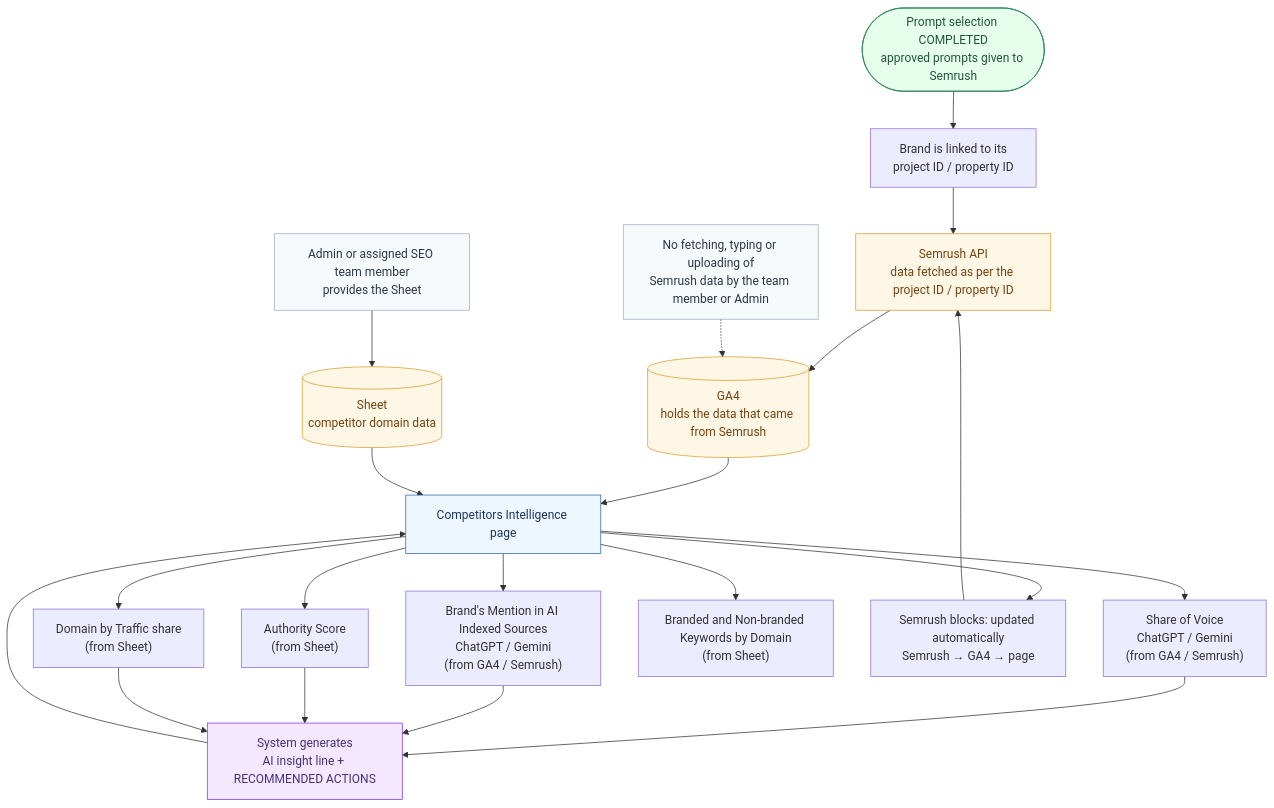
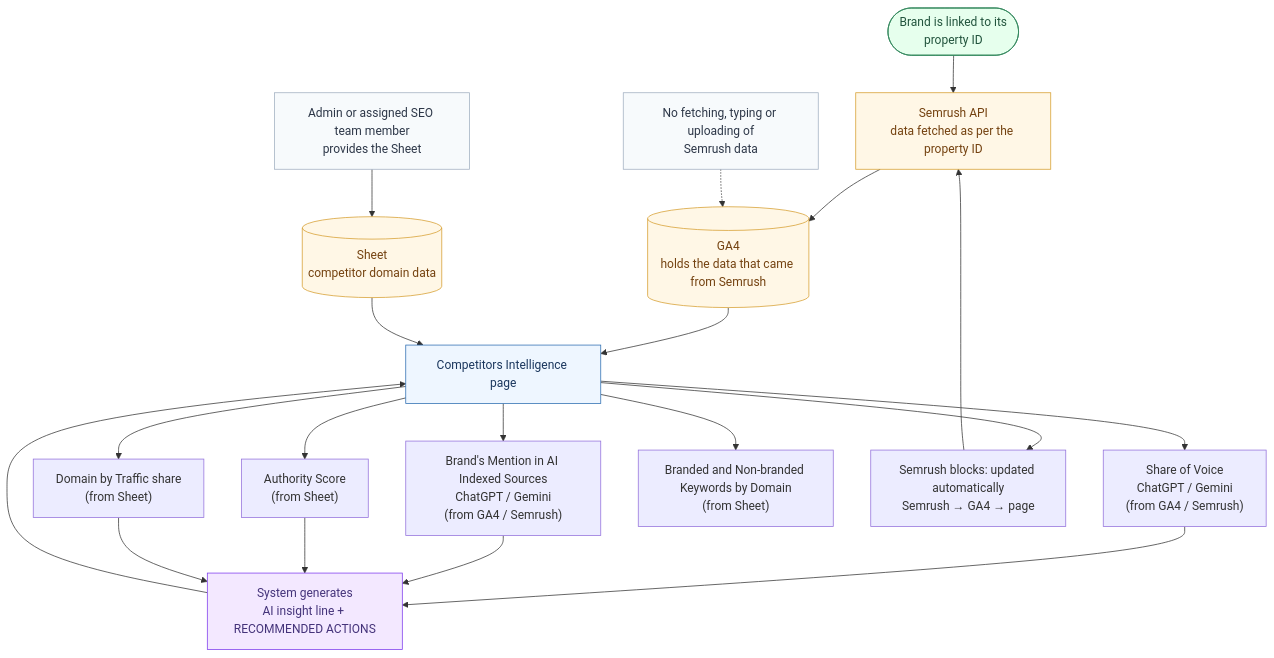
One commit to RishabhRoy12/dais-documentation changed the first of 2 diagrams in demo/competitors intelligence flow.md. Above: the diagram before and after it, drawn with Mermaid. The commit also changed other lines of this file and 4 other files, not shown here.

````diff
--- a/demo/competitors intelligence flow.md
+++ b/demo/competitors intelligence flow.md
@@ -43,39 +41,39 @@
 ```mermaid
 flowchart TD
-    A(["Prompt selection COMPLETED<br/>approved prompts given to Semrush"]) --> P["Brand is linked to its<br/>project ID / property ID"]
-    P --> S["Semrush API<br/>data fetched as per the project ID / property ID"]
+    P(["Brand is linked to its<br/>property ID"])
+    P --> S["Semrush API<br/>data fetched as per the property ID"]
     S --> GA[("GA4<br/>holds the data that came from Semrush")]
 
     TM["Admin or assigned SEO team member<br/>provides the Sheet"] --> SH[("Sheet<br/>competitor domain data")]
 
     GA --> PG["Competitors Intelligence page"]
     SH --> PG
 
     PG --> B1["Share of Voice<br/>ChatGPT / Gemini<br/>(from GA4 / Semrush)"]
     PG --> B2["Brand's Mention in AI Indexed Sources<br/>ChatGPT / Gemini<br/>(from GA4 / Semrush)"]
     PG --> B3["Authority Score<br/>(from Sheet)"]
     PG --> B4["Domain by Traffic share<br/>(from Sheet)"]
     PG --> B5["Branded and Non-branded Keywords by Domain<br/>(from Sheet)"]
 
     B1 --> AI["System generates<br/>AI insight line + RECOMMENDED ACTIONS"]
     B2 --> AI
     B3 --> AI
     B4 --> AI
     AI --> PG
 
     PG --> NEXT["Semrush blocks: updated automatically<br/>Semrush → GA4 → page"]
     NEXT --> S
 
-    N["No fetching, typing or uploading of<br/>Semrush data by the team member or Admin"] -.-> GA
+    N["No fetching, typing or uploading of<br/>Semrush data"] -.-> GA
 
     classDef ext fill:#fff7e6,stroke:#d69e2e,color:#744210
     classDef stage fill:#eef6ff,stroke:#2b6cb0,color:#1a365d
     classDef done fill:#e6ffed,stroke:#2f855a,color:#22543d
     classDef ai fill:#f3e8ff,stroke:#7c3aed,color:#44337a
     classDef note fill:#f7fafc,stroke:#a0aec0,color:#2d3748
     class S,GA,SH ext
     class PG stage
-    class A done
+    class P done
     class AI ai
     class N,TM note
 ```
````
